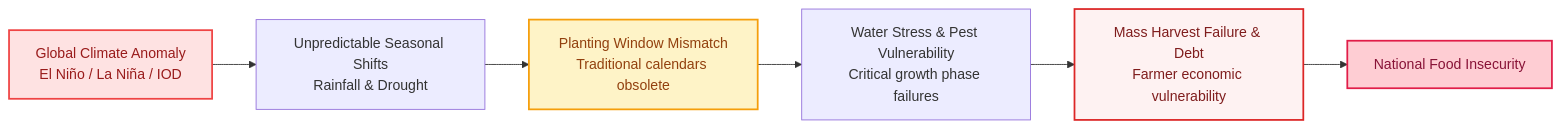
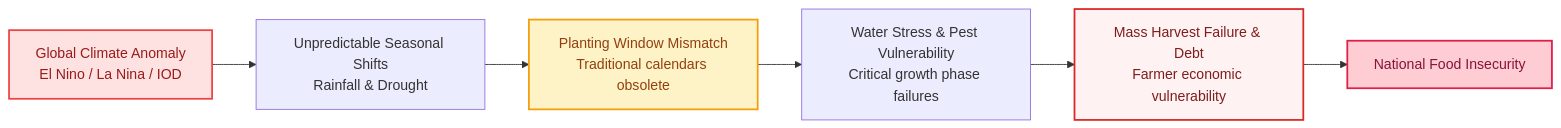
One commit to JoshNells13/UB-Holodev changed the first of 2 diagrams in README.md. Above: the diagram before and after it, drawn with Mermaid. The commit also changed other lines of this file, not shown here.

````diff
--- a/README.md
+++ b/README.md
@@ -42,13 +42,13 @@
 ```mermaid
 flowchart LR
-    A[Global Climate Anomaly\nEl Niño / La Niña / IOD] --> B[Unpredictable Seasonal Shifts\nRainfall & Drought]
-    B --> C[Planting Window Mismatch\nTraditional calendars obsolete]
-    C --> D[Water Stress & Pest Vulnerability\nCritical growth phase failures]
-    D --> E[Mass Harvest Failure & Debt\nFarmer economic vulnerability]
-    E --> F[National Food Insecurity]
+    A["Global Climate Anomaly<br/>El Nino / La Nina / IOD"] --> B["Unpredictable Seasonal Shifts<br/>Rainfall & Drought"]
+    B --> C["Planting Window Mismatch<br/>Traditional calendars obsolete"]
+    C --> D["Water Stress & Pest Vulnerability<br/>Critical growth phase failures"]
+    D --> E["Mass Harvest Failure & Debt<br/>Farmer economic vulnerability"]
+    E --> F["National Food Insecurity"]
     
     style A fill:#fee2e2,stroke:#ef4444,stroke-width:2px,color:#991b1b
     style C fill:#fef3c7,stroke:#f59e0b,stroke-width:2px,color:#92400e
     style E fill:#fef2f2,stroke:#dc2626,stroke-width:2px,color:#7f1d1d
     style F fill:#fecdd3,stroke:#e11d48,stroke-width:2px,color:#881337
 ```
````
